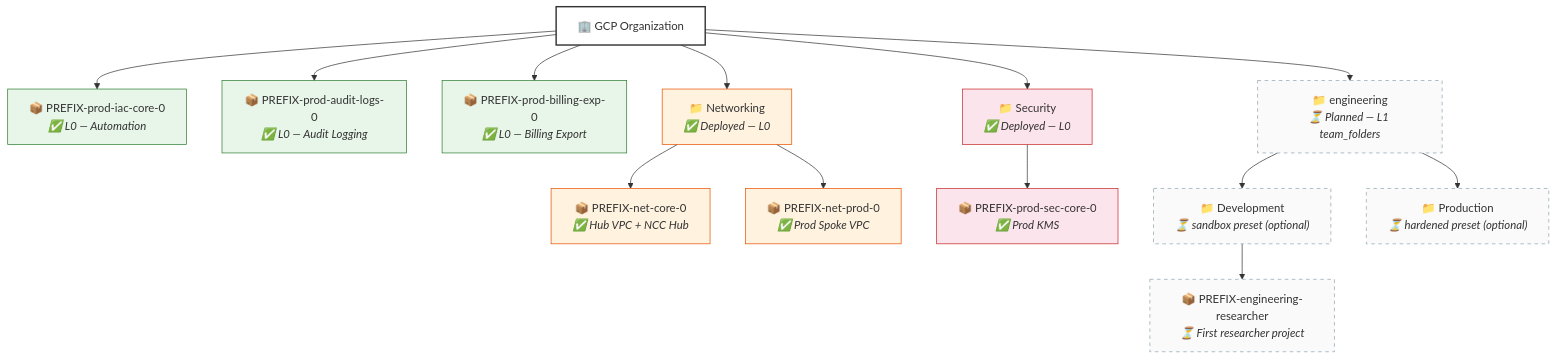
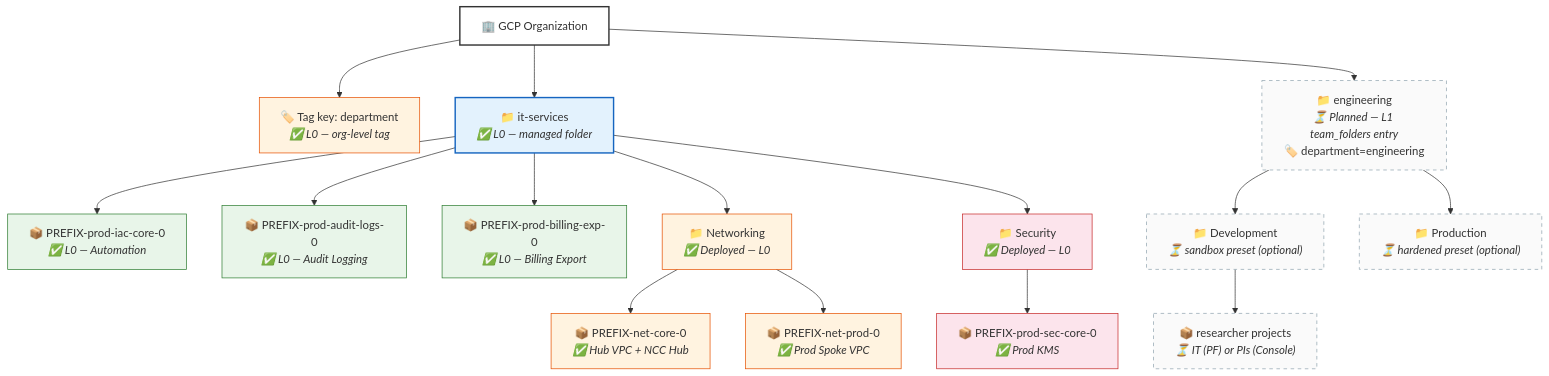
Before and after one commit to WandLZhang/fast-science-1-researcher-lab: the second of 2 diagrams in README.md, drawn with Mermaid. The commit also changed other lines of this file and 10 other files, not shown here.

First line of the commit message:
feat(resman): dept folders at org root + tag-scoped orgpolicy delegation

````diff
--- a/README.md
+++ b/README.md
@@ -63,34 +63,40 @@
 ```mermaid
 graph TB
     ORG["🏢 GCP Organization"]
+    TAG["🏷️ Tag key: department<br/><i>✅ L0 — org-level tag</i>"]
 
-    ORG --> P1["📦 PREFIX-prod-iac-core-0<br/><i>✅ L0 — Automation</i>"]
-    ORG --> P2["📦 PREFIX-prod-audit-logs-0<br/><i>✅ L0 — Audit Logging</i>"]
-    ORG --> P3["📦 PREFIX-prod-billing-exp-0<br/><i>✅ L0 — Billing Export</i>"]
+    ORG --> TAG
+    ORG --> IT["📁 it-services<br/><i>✅ L0 — managed folder</i>"]
 
-    ORG --> NET["📁 Networking<br/><i>✅ Deployed — L0</i>"]
+    IT --> P1["📦 PREFIX-prod-iac-core-0<br/><i>✅ L0 — Automation</i>"]
+    IT --> P2["📦 PREFIX-prod-audit-logs-0<br/><i>✅ L0 — Audit Logging</i>"]
+    IT --> P3["📦 PREFIX-prod-billing-exp-0<br/><i>✅ L0 — Billing Export</i>"]
+
+    IT --> NET["📁 Networking<br/><i>✅ Deployed — L0</i>"]
     NET --> P4["📦 PREFIX-net-core-0<br/><i>✅ Hub VPC + NCC Hub</i>"]
     NET --> P5["📦 PREFIX-net-prod-0<br/><i>✅ Prod Spoke VPC</i>"]
 
-    ORG --> SEC["📁 Security<br/><i>✅ Deployed — L0</i>"]
+    IT --> SEC["📁 Security<br/><i>✅ Deployed — L0</i>"]
     SEC --> P9["📦 PREFIX-prod-sec-core-0<br/><i>✅ Prod KMS</i>"]
 
-    ORG --> ENG["📁 engineering<br/><i>⏳ Planned — L1 team_folders</i>"]
+    ORG --> ENG["📁 engineering<br/><i>⏳ Planned — L1 team_folders entry</i><br/>🏷️ department=engineering"]
     ENG --> ENGD["📁 Development<br/><i>⏳ sandbox preset (optional)</i>"]
     ENG --> ENGP["📁 Production<br/><i>⏳ hardened preset (optional)</i>"]
-    ENGD --> RP1["📦 PREFIX-engineering-researcher<br/><i>⏳ First researcher project</i>"]
+    ENGD --> RP1["📦 researcher projects<br/><i>⏳ IT (PF) or PIs (Console)</i>"]
 
     style ORG fill:#fff,stroke:#333,stroke-width:2px
+    style TAG fill:#fff3e0,stroke:#e65100
+    style IT fill:#e3f2fd,stroke:#1565c0,stroke-width:2px
     style NET fill:#fff3e0,stroke:#e65100
     style SEC fill:#fce4ec,stroke:#c62828
     style P1 fill:#e8f5e9,stroke:#2e7d32
     style P2 fill:#e8f5e9,stroke:#2e7d32
     style P3 fill:#e8f5e9,stroke:#2e7d32
     style P4 fill:#fff3e0,stroke:#e65100
     style P5 fill:#fff3e0,stroke:#e65100
     style P9 fill:#fce4ec,stroke:#c62828
     style ENG stroke-dasharray: 5 5,stroke:#90a4ae,fill:#fafafa
     style ENGD stroke-dasharray: 5 5,stroke:#90a4ae,fill:#fafafa
     style ENGP stroke-dasharray: 5 5,stroke:#90a4ae,fill:#fafafa
     style RP1 stroke-dasharray: 5 5,stroke:#90a4ae,fill:#fafafa
 ```
````
